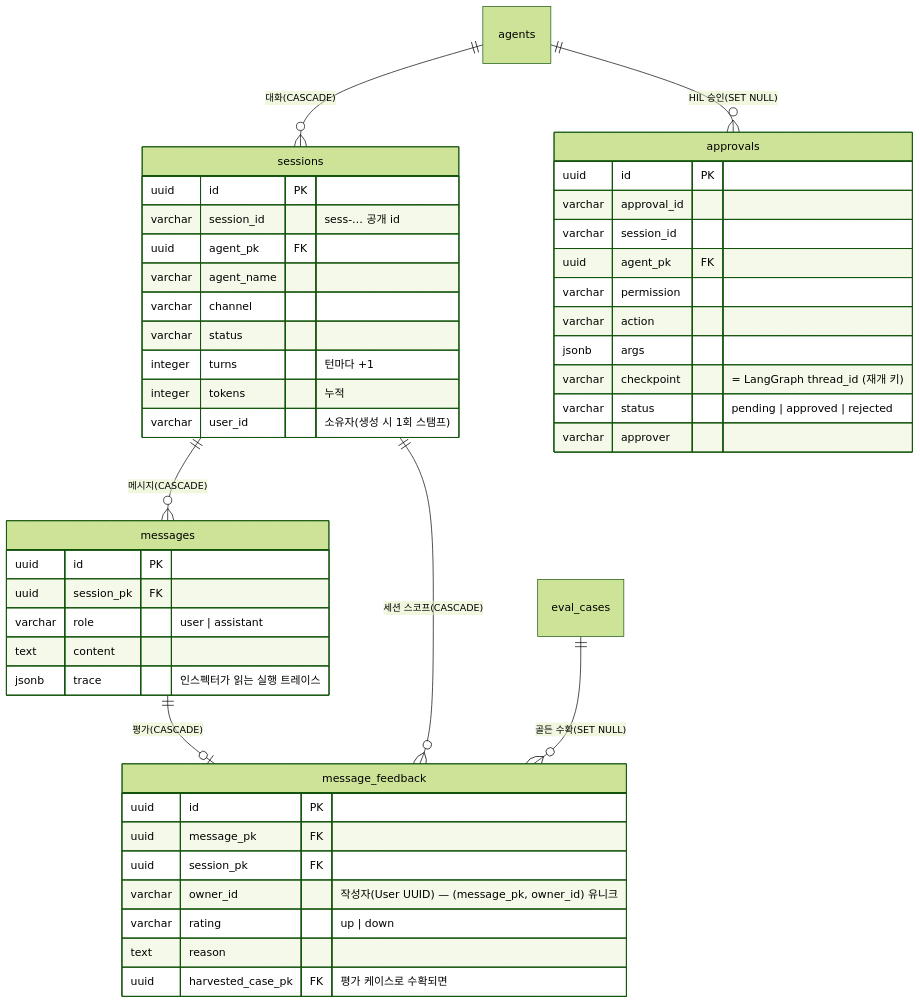
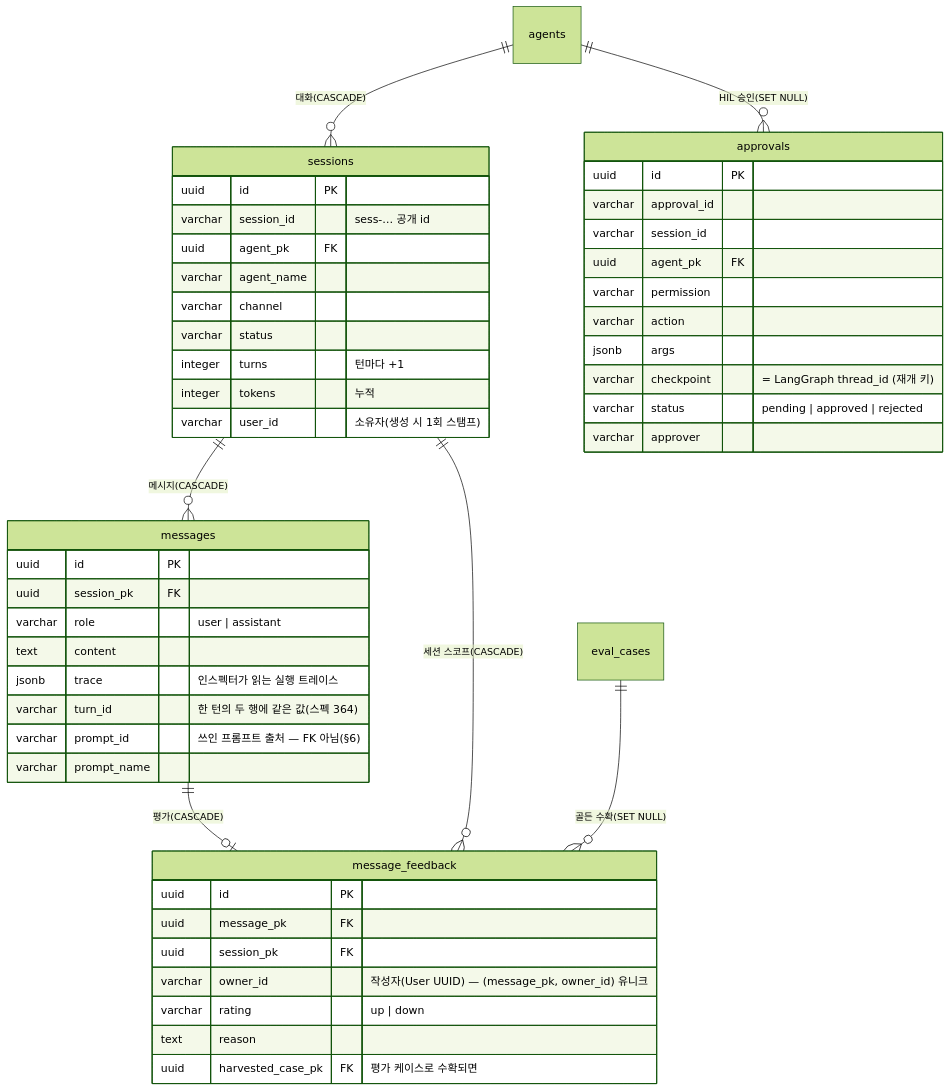
The third of 6 diagrams in docs/db-model.md (loveqoo/my-agents), drawn with Mermaid (forest theme) before and after one commit. The commit also changed other lines of this file and 23 other files, not shown here.

````diff
--- a/docs/db-model.md
+++ b/docs/db-model.md
@@ -135,49 +152,52 @@
 ```mermaid
 erDiagram
     agents ||--o{ sessions : "대화(CASCADE)"
     sessions ||--o{ messages : "메시지(CASCADE)"
     messages ||--o| message_feedback : "평가(CASCADE)"
     sessions ||--o{ message_feedback : "세션 스코프(CASCADE)"
     agents ||--o{ approvals : "HIL 승인(SET NULL)"
     eval_cases ||--o{ message_feedback : "골든 수확(SET NULL)"
 
     sessions {
         uuid id PK
         varchar session_id "sess-… 공개 id"
         uuid agent_pk FK
         varchar agent_name
         varchar channel
         varchar status
         integer turns "턴마다 +1"
         integer tokens "누적"
         varchar user_id "소유자(생성 시 1회 스탬프)"
     }
     messages {
         uuid id PK
         uuid session_pk FK
         varchar role "user | assistant"
         text content
         jsonb trace "인스펙터가 읽는 실행 트레이스"
+        varchar turn_id "한 턴의 두 행에 같은 값(스펙 364)"
+        varchar prompt_id "쓰인 프롬프트 출처 — FK 아님(§6)"
+        varchar prompt_name
     }
     message_feedback {
         uuid id PK
         uuid message_pk FK
         uuid session_pk FK
         varchar owner_id "작성자(User UUID) — (message_pk, owner_id) 유니크"
         varchar rating "up | down"
         text reason
         uuid harvested_case_pk FK "평가 케이스로 수확되면"
     }
     approvals {
         uuid id PK
         varchar approval_id
         varchar session_id
         uuid agent_pk FK
         varchar permission
         varchar action
         jsonb args
         varchar checkpoint "= LangGraph thread_id (재개 키)"
         varchar status "pending | approved | rejected"
         varchar approver
     }
 ```
````
